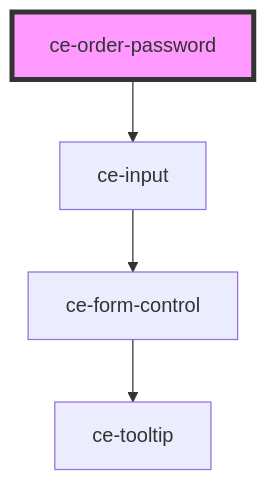
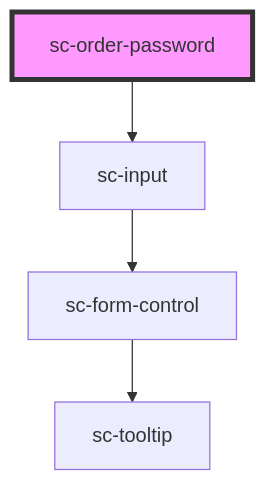
The diagram in packages/components/src/components/controllers/checkout-form/order-password/readme.md (surecart/surecart-wp-plugin), drawn with Mermaid before and after one commit. The commit also changed other lines of this file and 1281 other files, not shown here.

````diff
--- a/packages/components/src/components/controllers/checkout-form/order-password/readme.md
+++ b/packages/components/src/components/controllers/checkout-form/order-password/readme.md
@@ -33,7 +33,7 @@
 ```mermaid
 graph TD;
-  ce-order-password --> ce-input
-  ce-input --> ce-form-control
-  ce-form-control --> ce-tooltip
-  style ce-order-password fill:#f9f,stroke:#333,stroke-width:4px
+  sc-order-password --> sc-input
+  sc-input --> sc-form-control
+  sc-form-control --> sc-tooltip
+  style sc-order-password fill:#f9f,stroke:#333,stroke-width:4px
 ```
````
